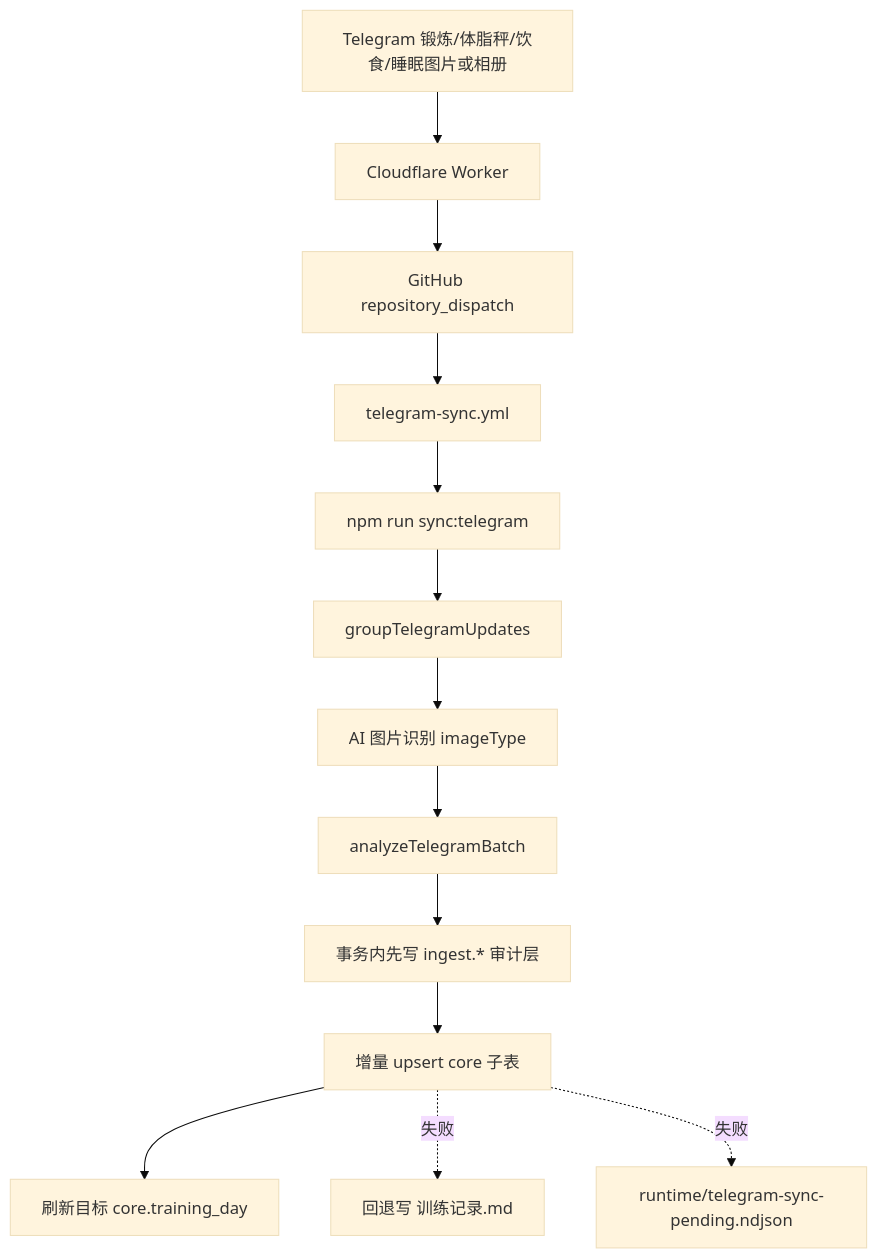
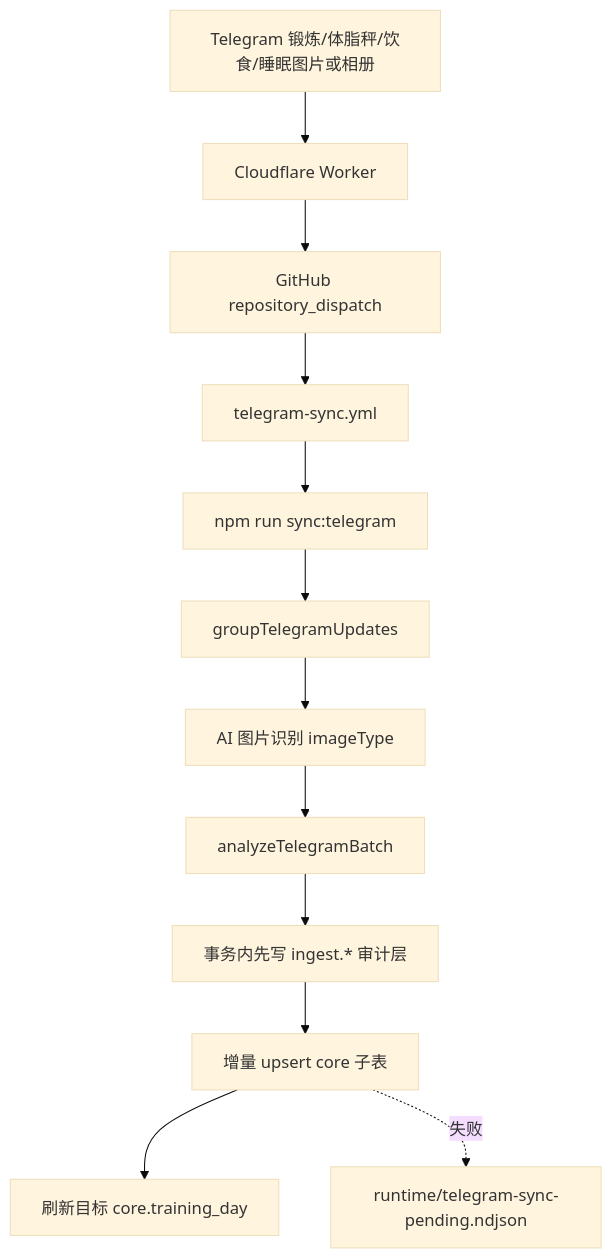
One commit to soulgo/training_records changed the second of 4 diagrams in docs/数据流转/数据流转说明.md. Above: the diagram before and after it, drawn with Mermaid (base theme). The commit also changed other lines of this file and 38 other files, not shown here.

````diff
--- a/docs/数据流转/数据流转说明.md
+++ b/docs/数据流转/数据流转说明.md
@@ -29,15 +24,14 @@
 ```mermaid
 flowchart TD
   T["Telegram 锻炼/体脂秤/饮食/睡眠图片或相册"] --> W["Cloudflare Worker"]
   W --> R["GitHub repository_dispatch"]
   R --> A["telegram-sync.yml"]
   A --> S["npm run sync:telegram"]
   S --> G["groupTelegramUpdates"]
   G --> AI["AI 图片识别 imageType"]
   AI --> N["analyzeTelegramBatch"]
   N --> I["事务内先写 ingest.* 审计层"]
   I --> DB["增量 upsert core 子表"]
   DB --> D["刷新目标 core.training_day"]
-  DB -. "失败" .-> M["回退写 训练记录.md"]
   DB -. "失败" .-> Q["runtime/telegram-sync-pending.ndjson"]
 ```
````
